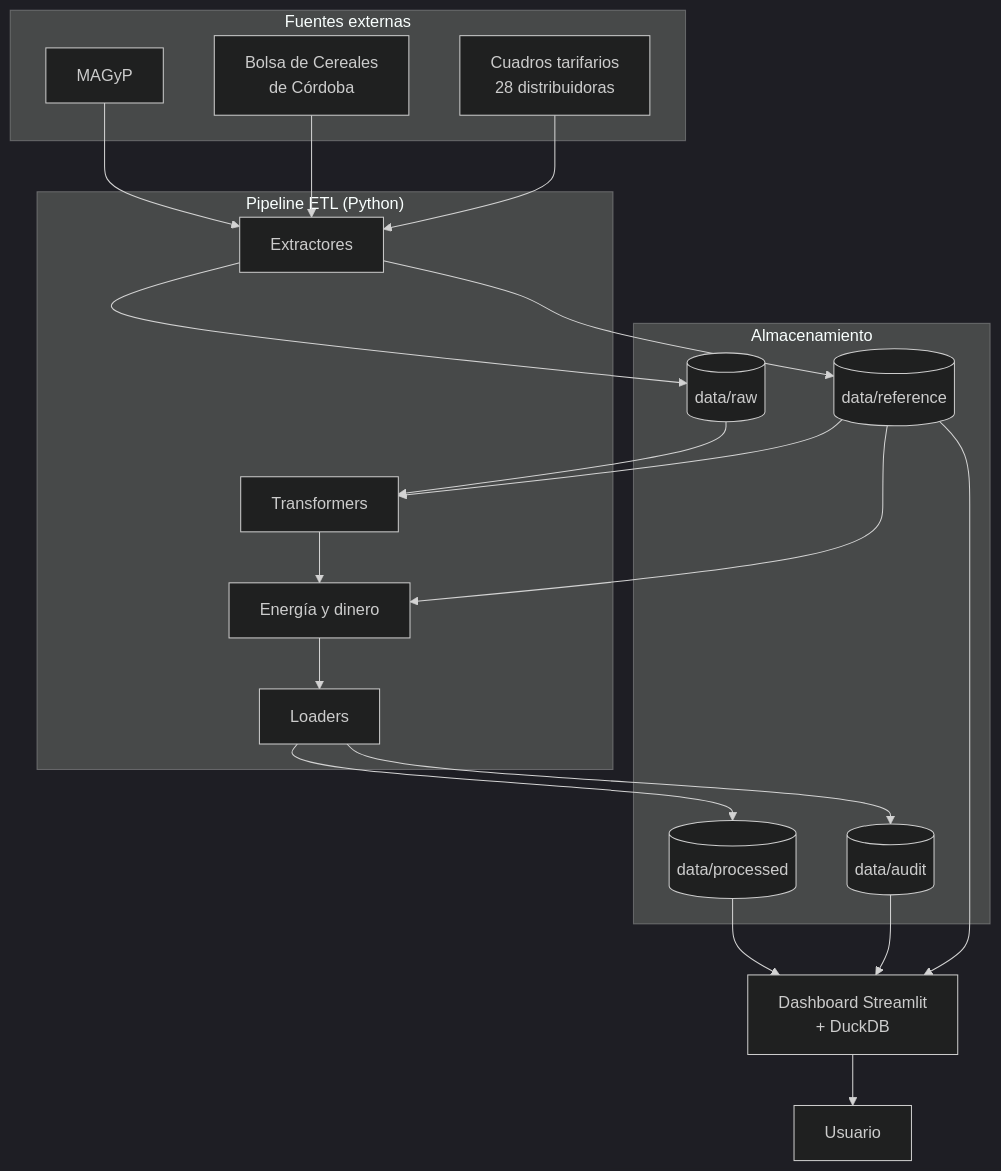
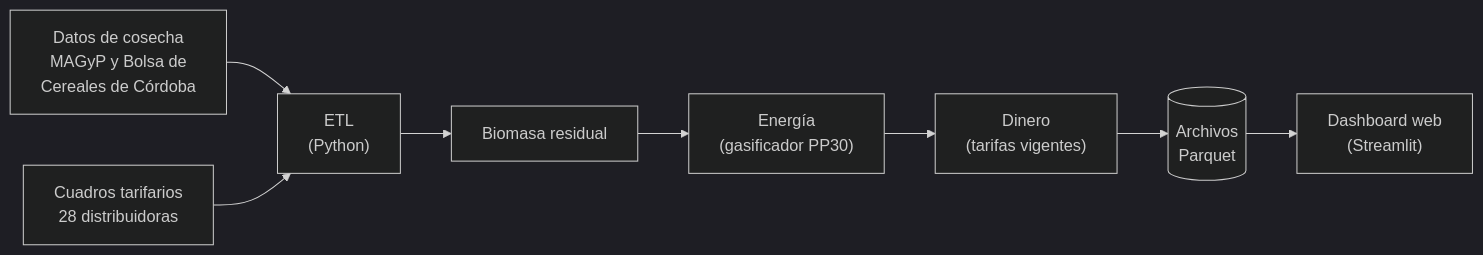
One commit to marcoeferro/SYNGAS-OPTIMIA-HV changed the diagram in README.md. Above: the diagram before and after it, drawn with Mermaid (dark theme). The commit also changed other lines of this file and 3 other files, not shown here.

````diff
--- a/README.md
+++ b/README.md
@@ -76,39 +53,10 @@
 ```mermaid
-graph TB
-    subgraph Fuentes["Fuentes externas"]
-        S1[MAGyP]
-        S2[Bolsa de Cereales<br/>de Córdoba]
-        S3[Cuadros tarifarios<br/>28 distribuidoras]
-    end
-
-    subgraph ETL["Pipeline ETL (Python)"]
-        E1[Extractores]
-        T1[Transformers]
-        T2[Energía y dinero]
-        L1[Loaders]
-    end
-
-    subgraph Datos["Almacenamiento"]
-        R1[(data/raw)]
-        R2[(data/reference)]
-        R3[(data/processed)]
-        R4[(data/audit)]
-    end
-
-    S1 --> E1
-    S2 --> E1
-    S3 --> E1
-    E1 --> R1
-    E1 --> R2
-    R1 --> T1
-    R2 --> T1
-    T1 --> T2
-    R2 --> T2
-    T2 --> L1
-    L1 --> R3
-    L1 --> R4
-    R3 --> D[Dashboard Streamlit<br/>+ DuckDB]
-    R4 --> D
-    R2 --> D
-    D --> U[Usuario]
+flowchart LR
+    A["Datos de cosecha<br/>MAGyP y Bolsa de<br/>Cereales de Córdoba"] --> E["ETL<br/>(Python)"]
+    T["Cuadros tarifarios<br/>28 distribuidoras"] --> E
+    E --> B["Biomasa residual"]
+    B --> K["Energía<br/>(gasificador PP30)"]
+    K --> M["Dinero<br/>(tarifas vigentes)"]
+    M --> F[("Archivos<br/>Parquet")]
+    F --> D["Dashboard web<br/>(Streamlit)"]
 ```
````
